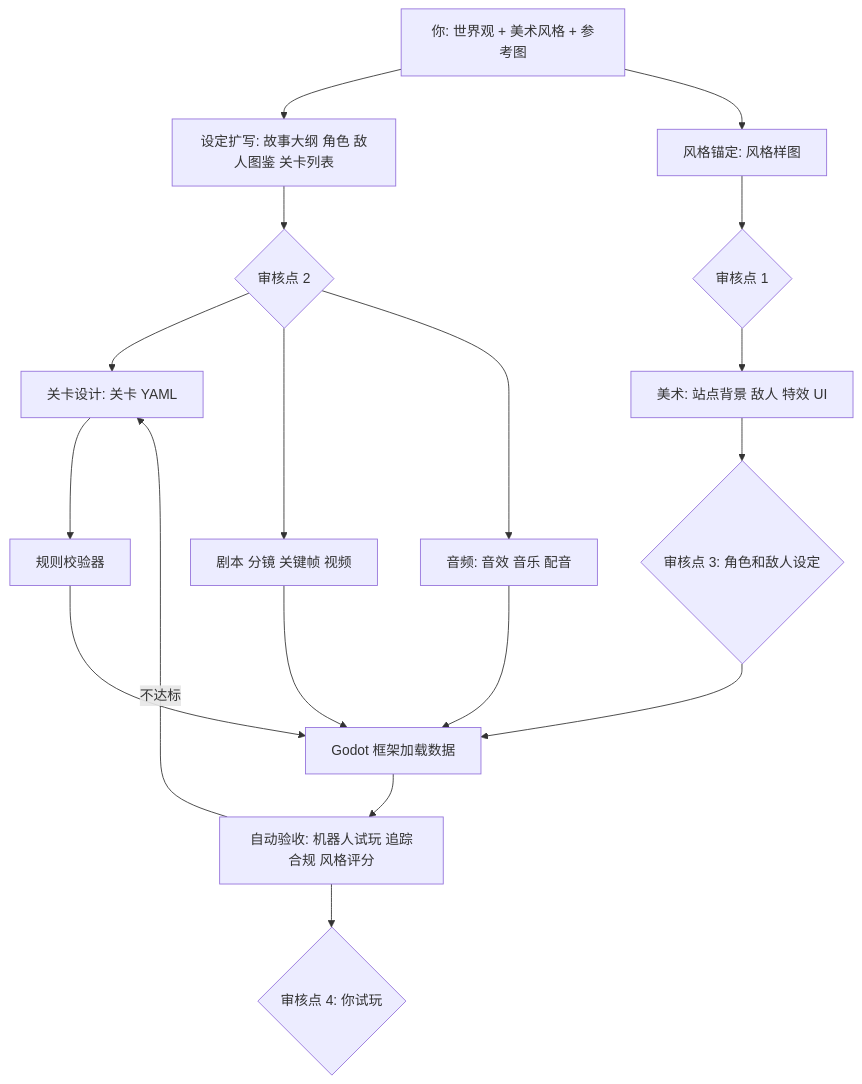
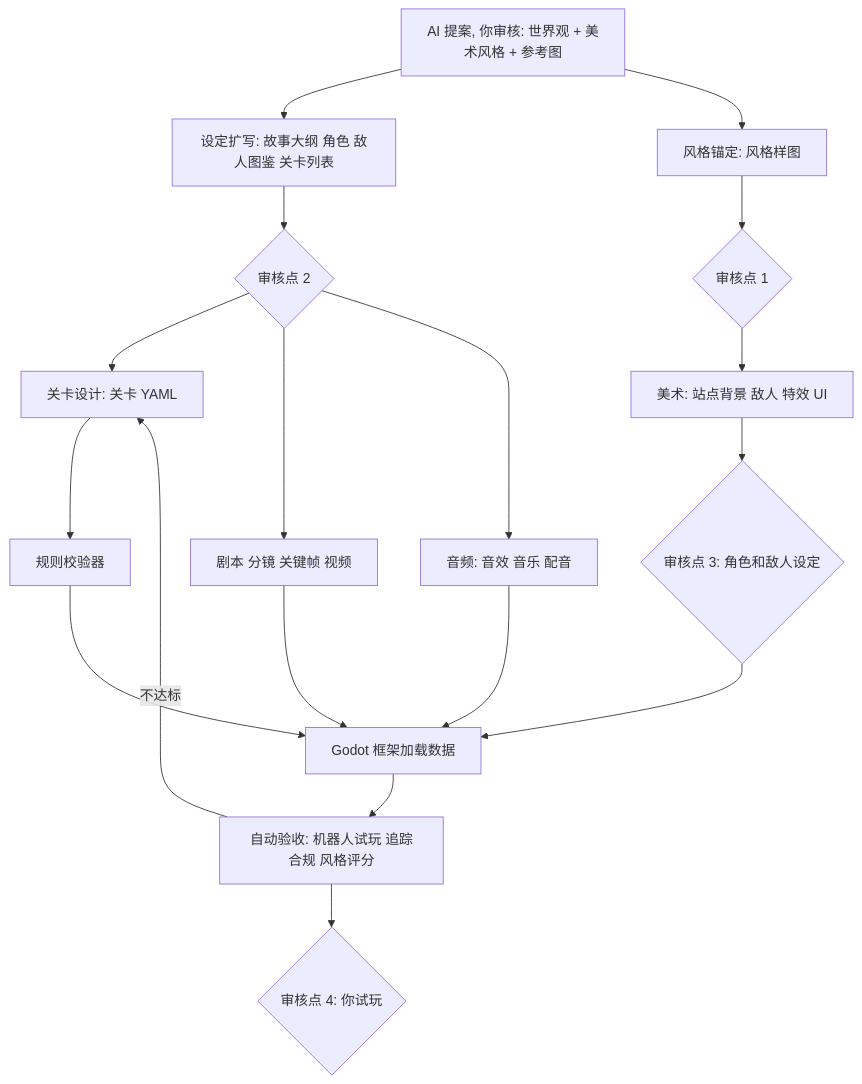
The diagram in docs/GUNFORGE_PLAN.md (xslkim/tvgun), drawn with Mermaid before and after one commit. The commit also changed other lines of this file and 2 other files, not shown here.

````diff
--- a/docs/GUNFORGE_PLAN.md
+++ b/docs/GUNFORGE_PLAN.md
@@ -28,20 +28,20 @@
 ```mermaid
 flowchart TD
-  A[你: 世界观 + 美术风格 + 参考图] --> B[设定扩写: 故事大纲 角色 敌人图鉴 关卡列表]
+  A[AI 提案, 你审核: 世界观 + 美术风格 + 参考图] --> B[设定扩写: 故事大纲 角色 敌人图鉴 关卡列表]
   A --> C[风格锚定: 风格样图]
   B --> G1{审核点 2}
   C --> G0{审核点 1}
   G1 --> D[关卡设计: 关卡 YAML]
   D --> V1[规则校验器]
   G0 --> E[美术: 站点背景 敌人 特效 UI]
   G1 --> F[剧本 分镜 关键帧 视频]
   G1 --> H[音频: 音效 音乐 配音]
   E --> G2{审核点 3: 角色和敌人设定}
   V1 --> I[Godot 框架加载数据]
   G2 --> I
   F --> I
   H --> I
   I --> J[自动验收: 机器人试玩 追踪合规 风格评分]
   J -->|不达标| D
   J --> G3{审核点 4: 你试玩}
 ```
````
